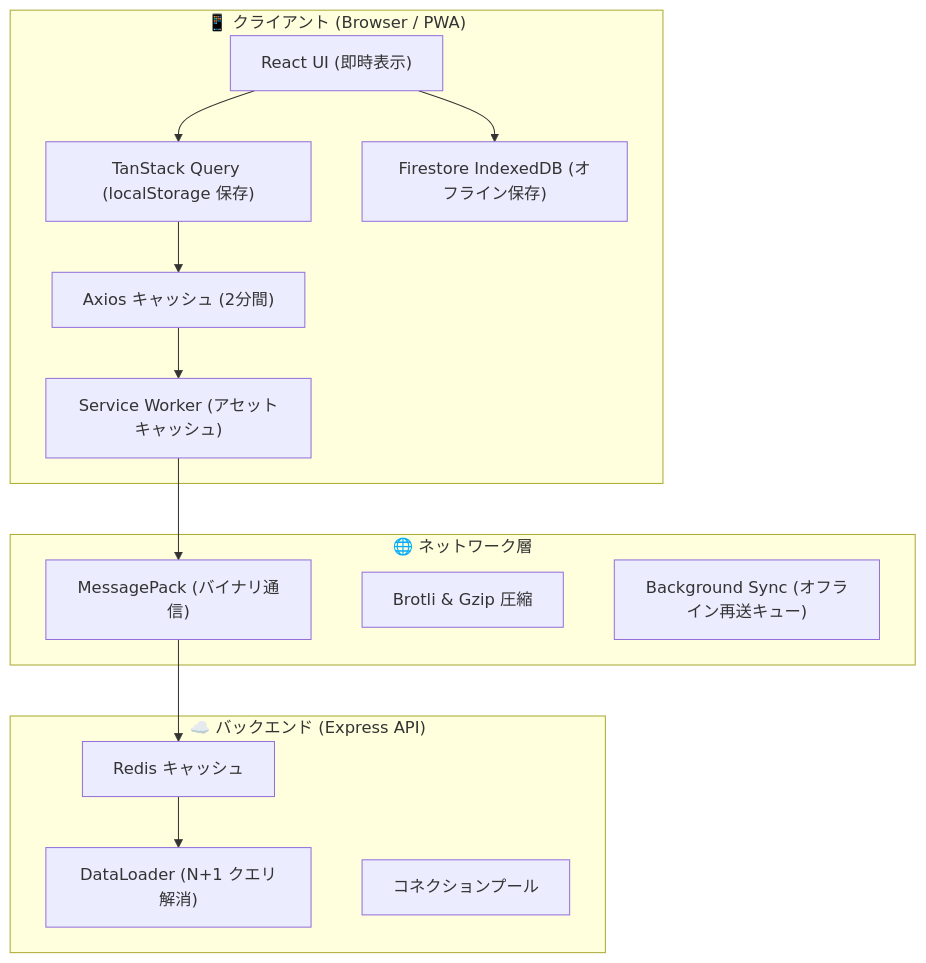
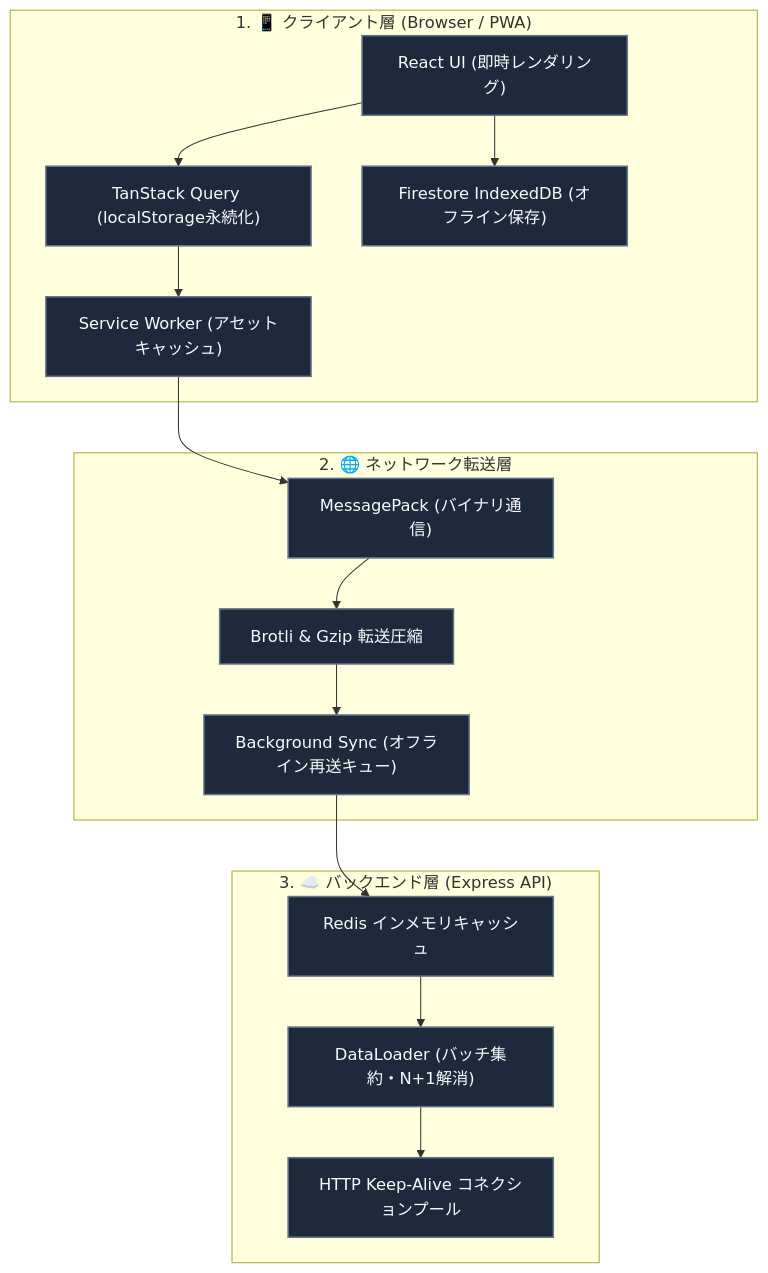
Before and after one commit to ScriptureHabit/scripture-habit: the diagram in docs/ja/network-performance-optimization.md, drawn with Mermaid. The commit also changed 9 other files, not shown here.

Commit message:
docs: optimize all wide Mermaid diagrams into readable vertical stacked layouts

````diff
--- a/docs/ja/network-performance-optimization.md
+++ b/docs/ja/network-performance-optimization.md
@@ -11,30 +11,38 @@
 ```mermaid
 flowchart TD
-    subgraph Client["📱 クライアント (Browser / PWA)"]
-        UI["React UI (即時表示)"]
-        TQuery["TanStack Query (localStorage 保存)"]
-        AxiosCache["Axios キャッシュ (2分間)"]
-        SW["Service Worker (アセットキャッシュ)"]
-        IndexedDB["Firestore IndexedDB (オフライン保存)"]
+    classDef nodeStyle fill:#1e293b,stroke:#64748b,stroke-width:1.5px,color:#f8fafc;
+
+    subgraph Client["1. 📱 クライアント層 (Browser / PWA)"]
+        UI["React UI (即時レンダリング)"]:::nodeStyle
+        TQuery["TanStack Query (localStorage永続化)"]:::nodeStyle
+        IndexedDB["Firestore IndexedDB (オフライン保存)"]:::nodeStyle
+        SW["Service Worker (アセットキャッシュ)"]:::nodeStyle
+
+        UI --> TQuery
+        UI --> IndexedDB
+        TQuery --> SW
     end
 
-    subgraph Network["🌐 ネットワーク層"]
-        MsgPack["MessagePack (バイナリ通信)"]
-        Brotli["Brotli & Gzip 圧縮"]
-        BgSync["Background Sync (オフライン再送キュー)"]
+    subgraph Network["2. 🌐 ネットワーク転送層"]
+        MsgPack["MessagePack (バイナリ通信)"]:::nodeStyle
+        Brotli["Brotli & Gzip 転送圧縮"]:::nodeStyle
+        BgSync["Background Sync (オフライン再送キュー)"]:::nodeStyle
+
+        SW --> MsgPack
+        MsgPack --> Brotli
+        Brotli --> BgSync
     end
 
-    subgraph Server["☁️ バックエンド (Express API)"]
-        RedisCache["Redis キャッシュ"]
-        DataLoader["DataLoader (N+1 クエリ解消)"]
-        KeepAlive["コネクションプール"]
+    subgraph Server["3. ☁️ バックエンド層 (Express API)"]
+        RedisCache["Redis インメモリキャッシュ"]:::nodeStyle
+        DataLoader["DataLoader (バッチ集約・N+1解消)"]:::nodeStyle
+        KeepAlive["HTTP Keep-Alive コネクションプール"]:::nodeStyle
+
+        BgSync --> RedisCache
+        RedisCache --> DataLoader
+        DataLoader --> KeepAlive
     end
 
-    UI --> TQuery
-    TQuery --> AxiosCache
-    AxiosCache --> SW
-    UI --> IndexedDB
-    SW --> MsgPack
-    MsgPack --> RedisCache
-    RedisCache --> DataLoader
+    Client ~~~ Network
+    Network ~~~ Server
 ```
````
